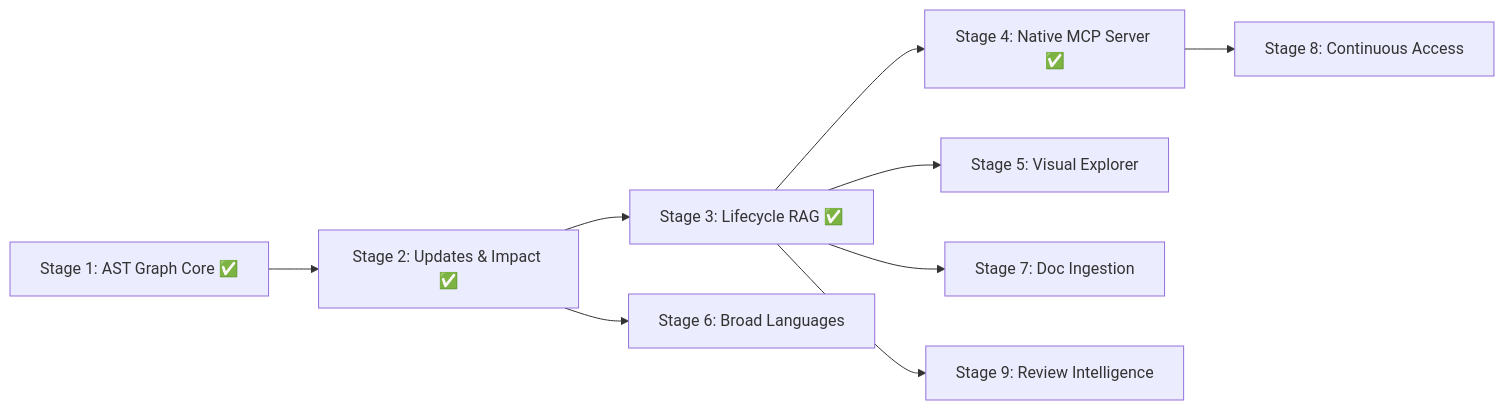
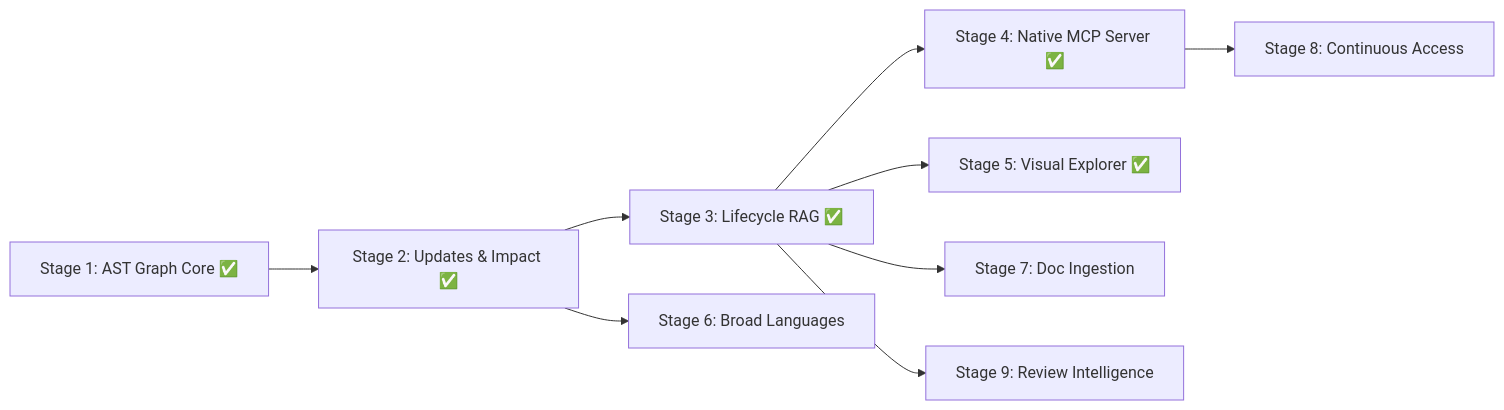
One commit to sky2464/Agtoosa2 changed the diagram in docs/Master-Plan.md. Above: the diagram before and after it, drawn with Mermaid. The commit also changed other lines of this file and 16 other files, not shown here.

````diff
--- a/docs/Master-Plan.md
+++ b/docs/Master-Plan.md
@@ -32,11 +39,11 @@
 ```mermaid
 flowchart LR
     S1[Stage 1: AST Graph Core ✅] --> S2[Stage 2: Updates & Impact ✅]
     S2 --> S3[Stage 3: Lifecycle RAG ✅]
     S3 --> S4[Stage 4: Native MCP Server ✅]
-    S3 --> S5[Stage 5: Visual Explorer]
+    S3 --> S5[Stage 5: Visual Explorer ✅]
     S2 --> S6[Stage 6: Broad Languages]
     S3 --> S7[Stage 7: Doc Ingestion]
     S4 --> S8[Stage 8: Continuous Access]
     S3 --> S9[Stage 9: Review Intelligence]
 ```
````
